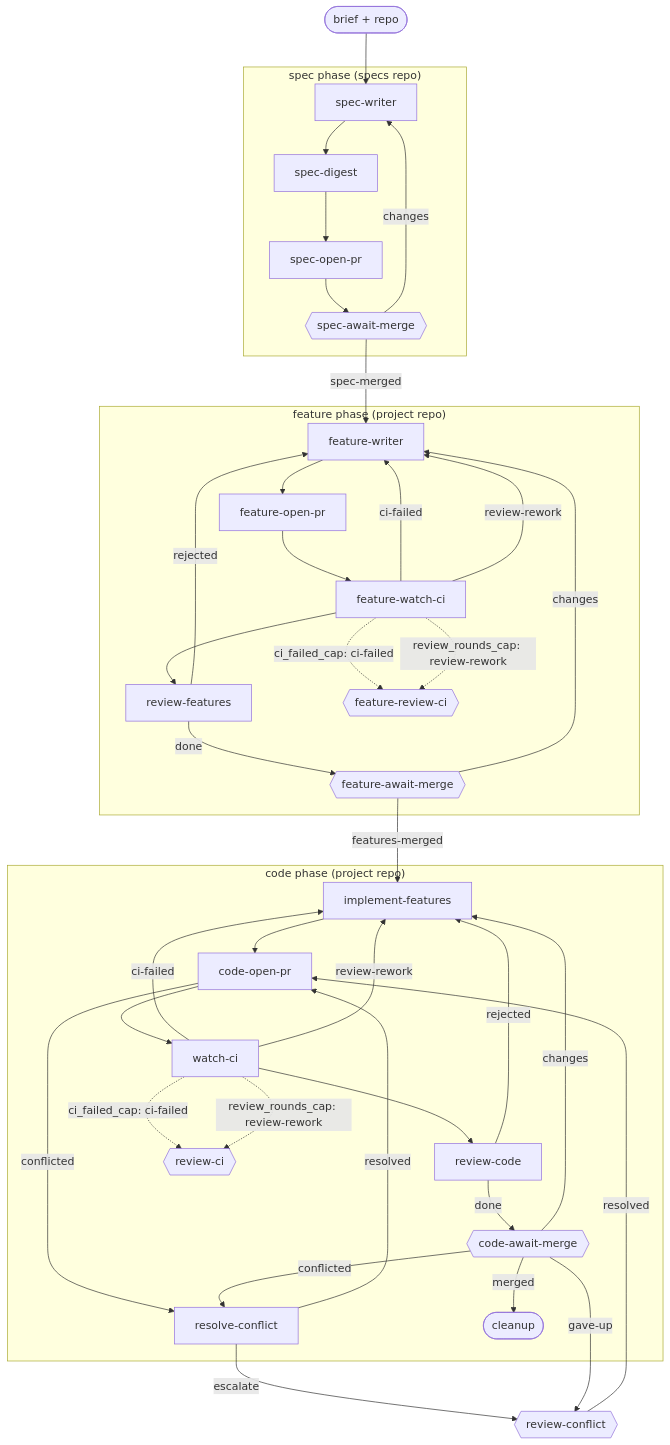
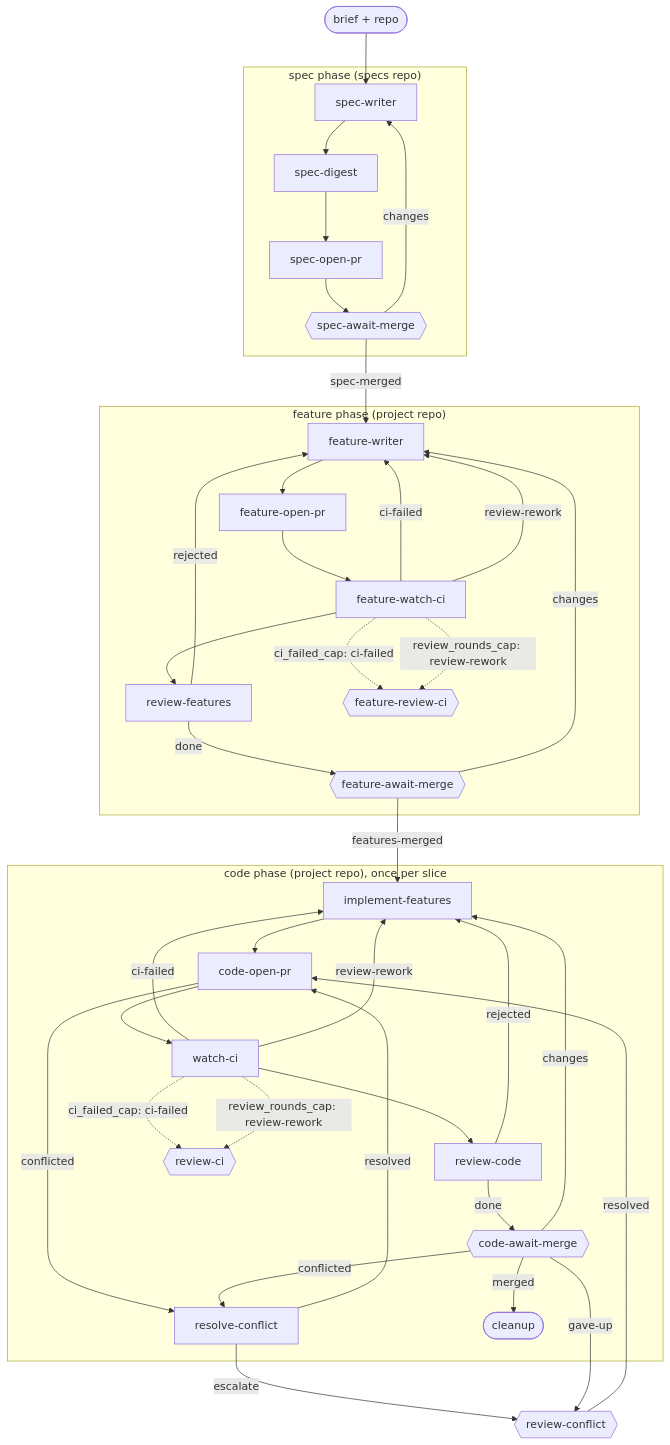
The diagram in docs/bdd-driven.md (kenmclennan/lightcycle-workflows), drawn with Mermaid before and after one commit. The commit also changed other lines of this file and 12 other files, not shown here.

````diff
--- a/docs/bdd-driven.md
+++ b/docs/bdd-driven.md
@@ -15,37 +15,37 @@
 ```mermaid
 flowchart TD
     brief(["brief + repo"]) --> SW["spec-writer"]
     subgraph S ["spec phase (specs repo)"]
         SW --> SD["spec-digest"] --> SOP["spec-open-pr"] --> SAM{{"spec-await-merge"}}
         SAM -->|changes| SW
     end
     SAM -->|spec-merged| FW["feature-writer"]
     subgraph F ["feature phase (project repo)"]
         FW --> FOP["feature-open-pr"] --> FWCI["feature-watch-ci"] --> RF["review-features"]
         FWCI -->|ci-failed| FW
         FWCI -->|review-rework| FW
         FWCI -.->|"ci_failed_cap: ci-failed"| FRCI{{"feature-review-ci"}}
         FWCI -.->|"review_rounds_cap: review-rework"| FRCI
         RF -->|rejected| FW
         RF -->|done| FAM{{"feature-await-merge"}}
         FAM -->|changes| FW
     end
     FAM -->|features-merged| IF["implement-features"]
-    subgraph C ["code phase (project repo)"]
+    subgraph C ["code phase (project repo), once per slice"]
         IF --> COP["code-open-pr"] --> WCI["watch-ci"] --> RC["review-code"]
         WCI -->|ci-failed| IF
         WCI -->|review-rework| IF
         WCI -.->|"ci_failed_cap: ci-failed"| RCI{{"review-ci"}}
         WCI -.->|"review_rounds_cap: review-rework"| RCI
         RC -->|rejected| IF
         RC -->|done| CAM{{"code-await-merge"}}
         CAM -->|changes| IF
         COP -->|conflicted| RCF["resolve-conflict"]
         CAM -->|conflicted| RCF
         RCF -->|resolved| COP
         CAM -->|merged| CU(["cleanup"])
     end
     RCF -->|escalate| RCON{{"review-conflict"}}
     CAM -->|gave-up| RCON
     RCON -->|resolved| COP
 ```
````
